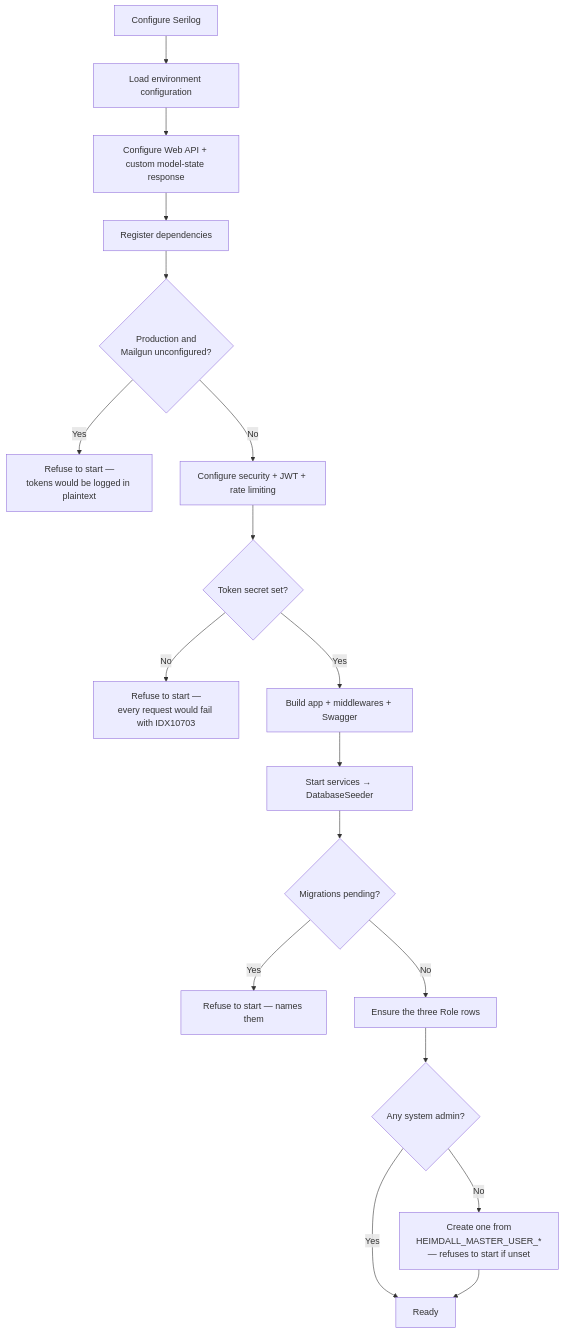
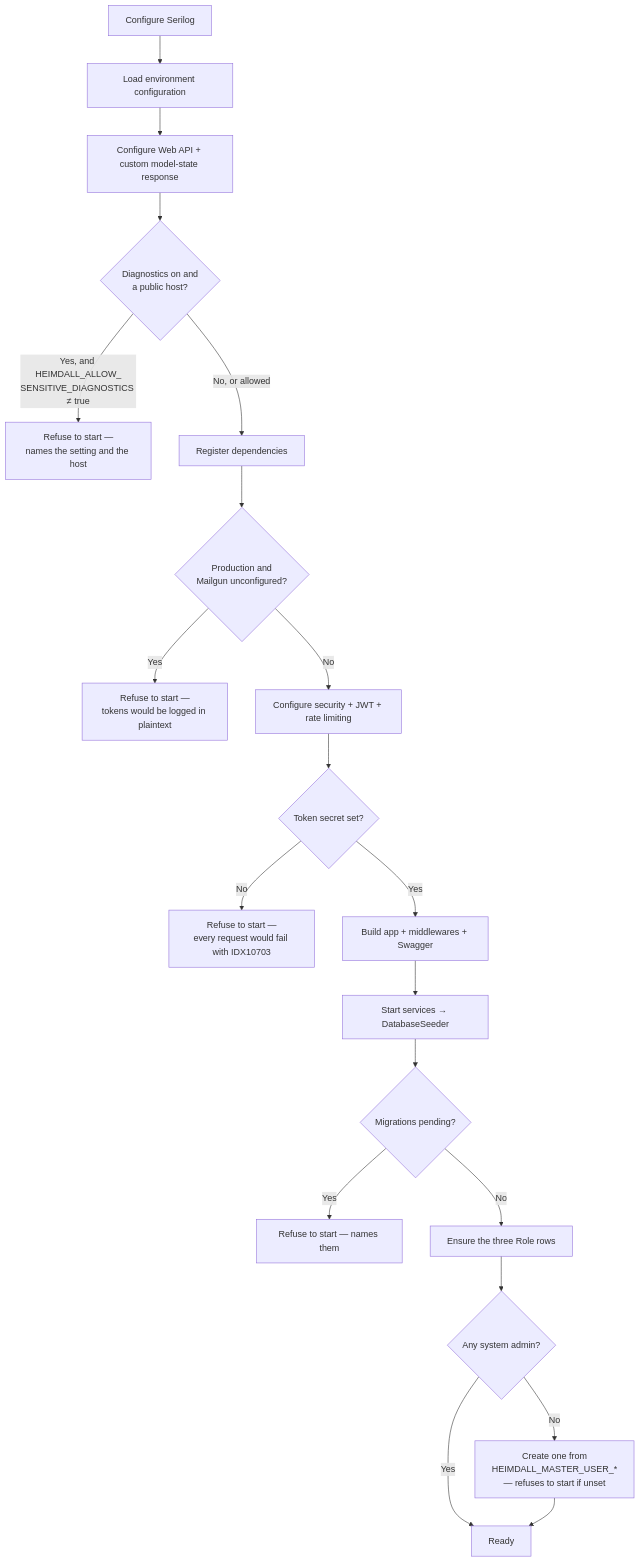
The diagram in docs/content/en/docs/operations.md (artur-rios/heimdall-api), drawn with Mermaid before and after one commit. The commit also changed other lines of this file and 13 other files, not shown here.

````diff
--- a/docs/content/en/docs/operations.md
+++ b/docs/content/en/docs/operations.md
@@ -84,20 +229,22 @@
 ```mermaid
 flowchart TD
     A[Configure Serilog] --> B[Load environment configuration]
     B --> C[Configure Web API + custom model-state response]
-    C --> D[Register dependencies]
+    C --> D0{Diagnostics on and<br/>a public host?}
+    D0 -->|"Yes, and HEIMDALL_ALLOW_<br/>SENSITIVE_DIAGNOSTICS ≠ true"| D0X["Refuse to start —<br/>names the setting and the host"]
+    D0 -->|No, or allowed| D[Register dependencies]
     D --> D1{Production and<br/>Mailgun unconfigured?}
     D1 -->|Yes| DX["Refuse to start —<br/>tokens would be logged in plaintext"]
     D1 -->|No| E[Configure security + JWT + rate limiting]
     E --> E1{Token secret set?}
     E1 -->|No| EX["Refuse to start —<br/>every request would fail with IDX10703"]
     E1 -->|Yes| F[Build app + middlewares + Swagger]
     F --> G[Start services → DatabaseSeeder]
     G --> G1{Migrations pending?}
     G1 -->|Yes| GX[Refuse to start — names them]
     G1 -->|No| H[Ensure the three Role rows]
     H --> I{Any system admin?}
     I -->|No| J["Create one from<br/>HEIMDALL_MASTER_USER_*<br/>— refuses to start if unset"]
     I -->|Yes| K[Ready]
     J --> K
 ```
````
